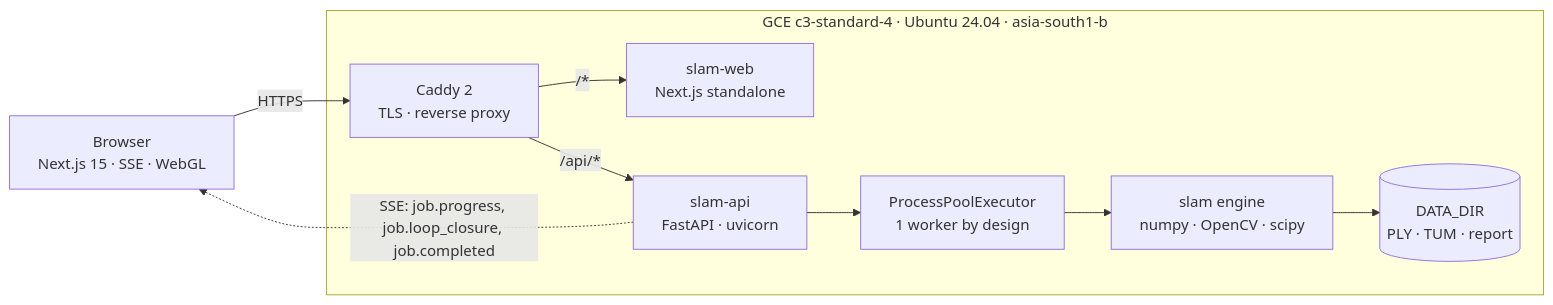
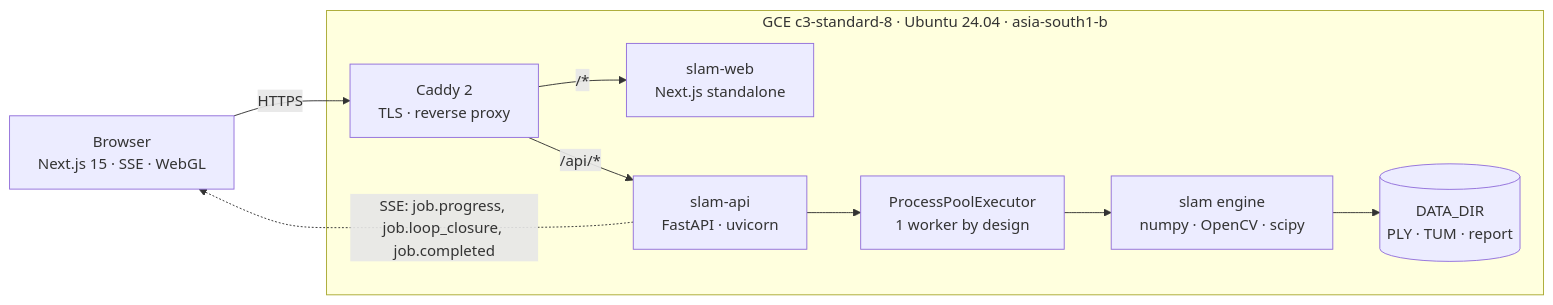
The first of 2 diagrams in README.md (Akarsh-1503/OHIVE), drawn with Mermaid before and after one commit. The commit also changed other lines of this file and 5 other files, not shown here.

````diff
--- a/README.md
+++ b/README.md
@@ -78,21 +78,21 @@
 ```mermaid
 flowchart LR
     B["Browser<br/>Next.js 15 · SSE · WebGL"]
 
-    subgraph VM["GCE c3-standard-4 · Ubuntu 24.04 · asia-south1-b"]
+    subgraph VM["GCE c3-standard-8 · Ubuntu 24.04 · asia-south1-b"]
         C["Caddy 2<br/>TLS · reverse proxy"]
         W["slam-web<br/>Next.js standalone"]
         A["slam-api<br/>FastAPI · uvicorn"]
         P["ProcessPoolExecutor<br/>1 worker by design"]
         E["slam engine<br/>numpy · OpenCV · scipy"]
         D[("DATA_DIR<br/>PLY · TUM · report")]
     end
 
     B -- "HTTPS" --> C
     C -- "/*" --> W
     C -- "/api/*" --> A
     A --> P
     P --> E
     E --> D
     A -. "SSE: job.progress, job.loop_closure, job.completed" .-> B
 ```
````
